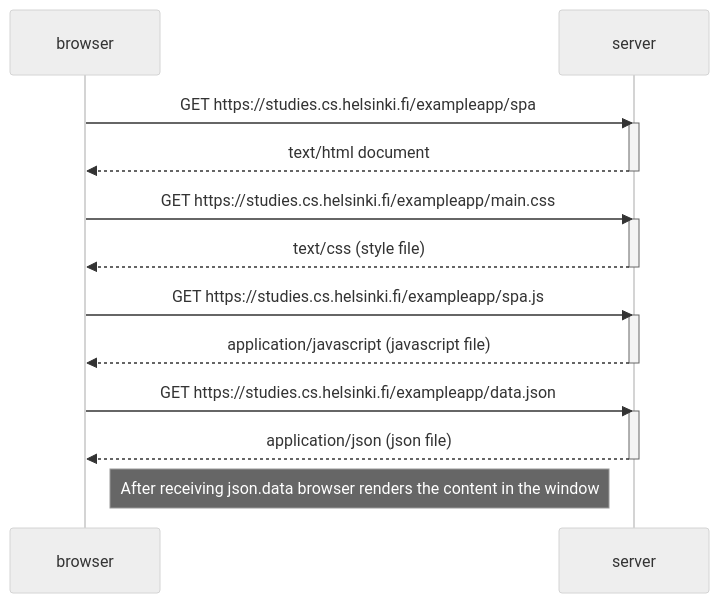
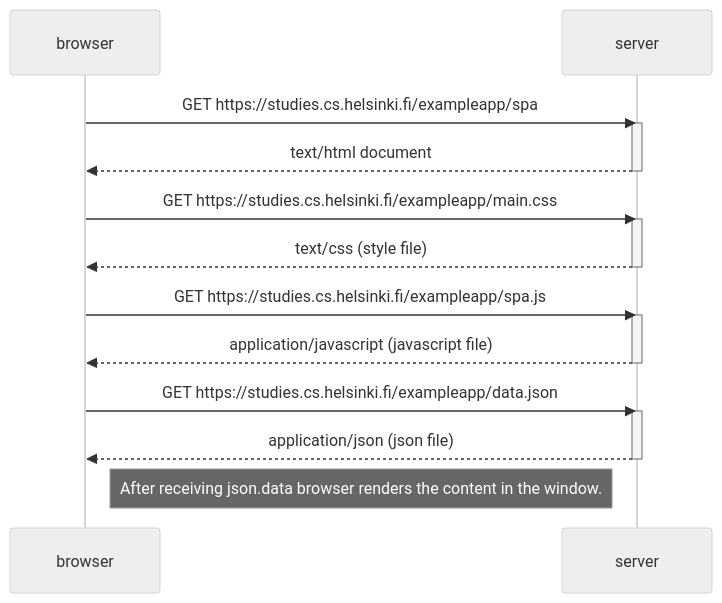
One commit to kshetritej/fullStackOpen2023 changed the diagram in part0/05_single-page-application-diagram.md. Above: the diagram before and after it, drawn with Mermaid (neutral theme).

Commit message:
error was note right to browser, should be note write of browser

````diff
--- a/part0/05_single-page-application-diagram.md
+++ b/part0/05_single-page-application-diagram.md
@@ -1,26 +1,26 @@
 ```mermaid
 sequenceDiagram
     participant browser
     participant server
     browser ->> server: GET https://studies.cs.helsinki.fi/exampleapp/spa
     activate server
     server -->> browser: text/html document
     deactivate server
     
     browser ->> server: GET https://studies.cs.helsinki.fi/exampleapp/main.css
     activate server
     server -->> browser: text/css (style file)
     deactivate server
 
     browser ->> server: GET https://studies.cs.helsinki.fi/exampleapp/spa.js
     activate server
     server -->> browser: application/javascript (javascript file)
     deactivate server
 
     browser ->> server: GET https://studies.cs.helsinki.fi/exampleapp/data.json
     activate server
     server -->> browser: application/json (json file)
     deactivate server
 
-    Note right of browser: After receiving json.data browser renders the content in the window
+    Note right of browser: After receiving json.data browser renders the content in the window.
 ```
````
